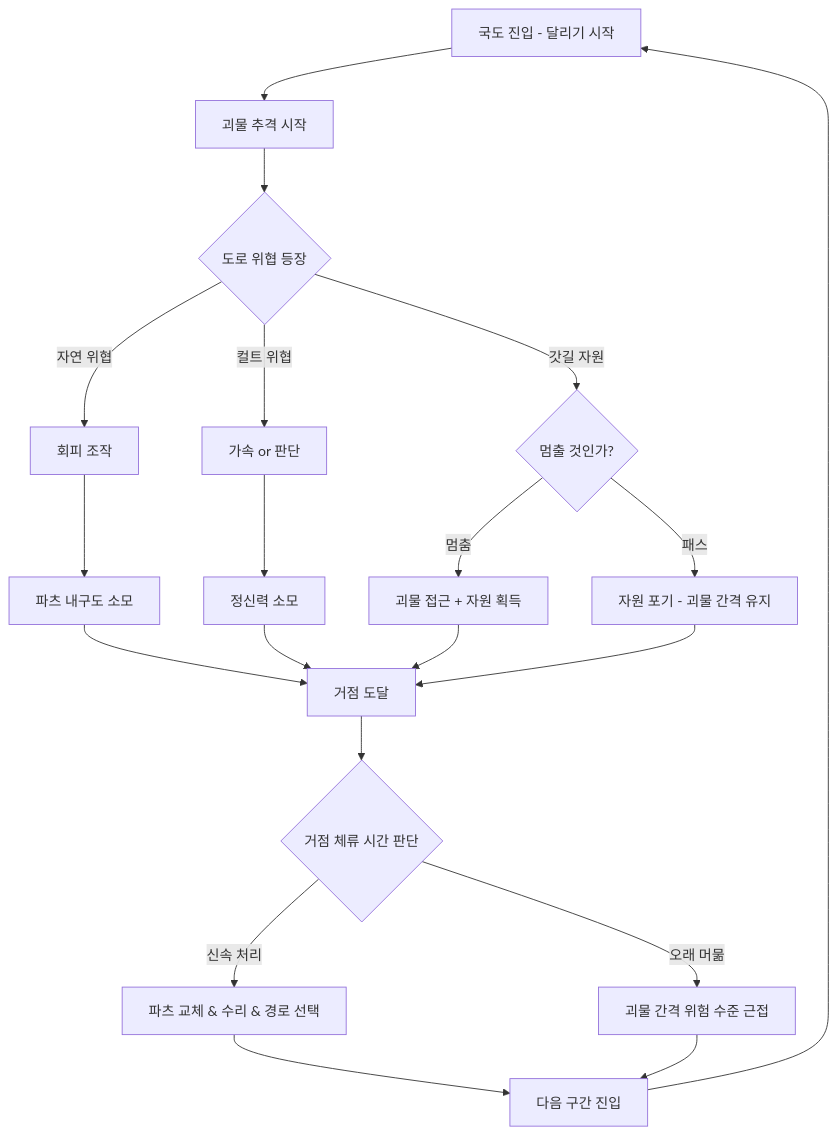
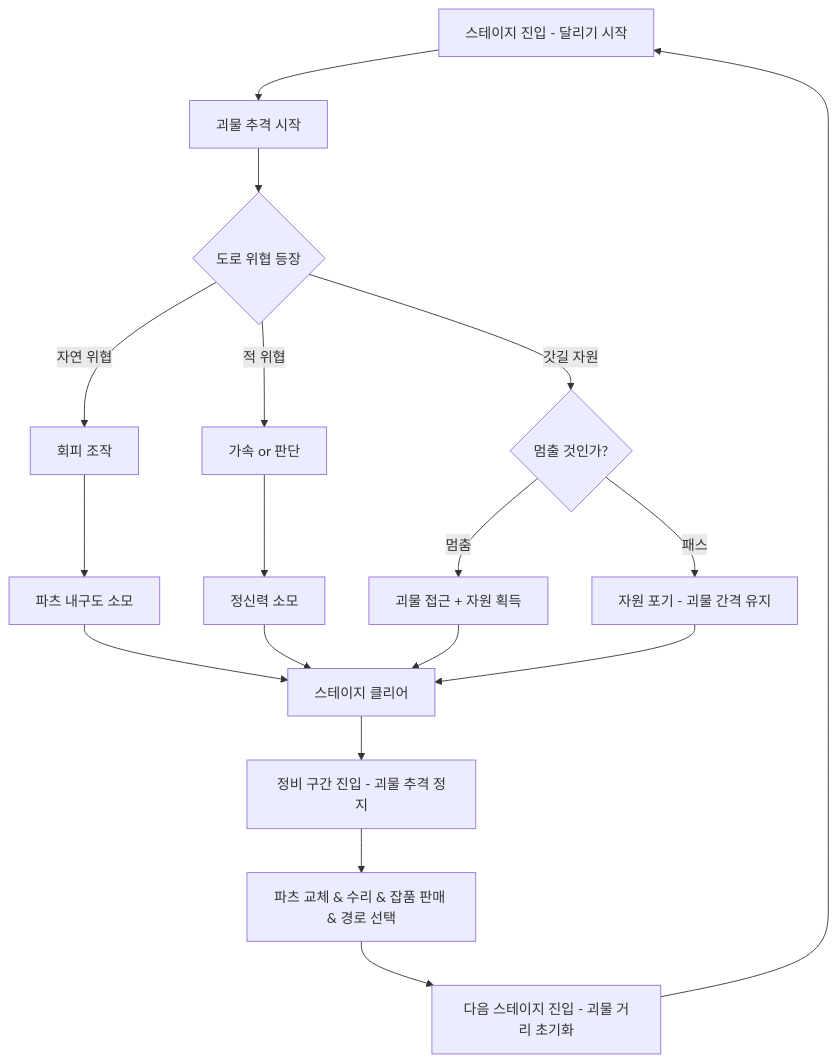
The diagram in Doc/02-core-loop.md (ksm031/LastRoad), drawn with Mermaid before and after one commit. The commit also changed other lines of this file and 4 other files, not shown here.

````diff
--- a/Doc/02-core-loop.md
+++ b/Doc/02-core-loop.md
@@ -51,22 +51,20 @@
 ```mermaid
 graph TD
-    A[국도 진입 - 달리기 시작] --> B[괴물 추격 시작]
+    A[스테이지 진입 - 달리기 시작] --> B[괴물 추격 시작]
     B --> C{도로 위협 등장}
     C -->|자연 위협| D[회피 조작]
-    C -->|컬트 위협| E[가속 or 판단]
+    C -->|적 위협| E[가속 or 판단]
     C -->|갓길 자원| F{멈출 것인가?}
     D --> G[파츠 내구도 소모]
     E --> H[정신력 소모]
     F -->|멈춤| I[괴물 접근 + 자원 획득]
     F -->|패스| J[자원 포기 - 괴물 간격 유지]
-    G --> K[거점 도달]
+    G --> K[스테이지 클리어]
     H --> K
     I --> K
     J --> K
-    K --> L{거점 체류 시간 판단}
-    L -->|신속 처리| M[파츠 교체 & 수리 & 경로 선택]
-    L -->|오래 머묾| N[괴물 간격 위험 수준 근접]
-    M --> O[다음 구간 진입]
-    N --> O
-    O --> A
+    K --> L[정비 구간 진입 - 괴물 추격 정지]
+    L --> M[파츠 교체 & 수리 & 잡품 판매 & 경로 선택]
+    M --> N[다음 스테이지 진입 - 괴물 거리 초기화]
+    N --> A
 ```
````
